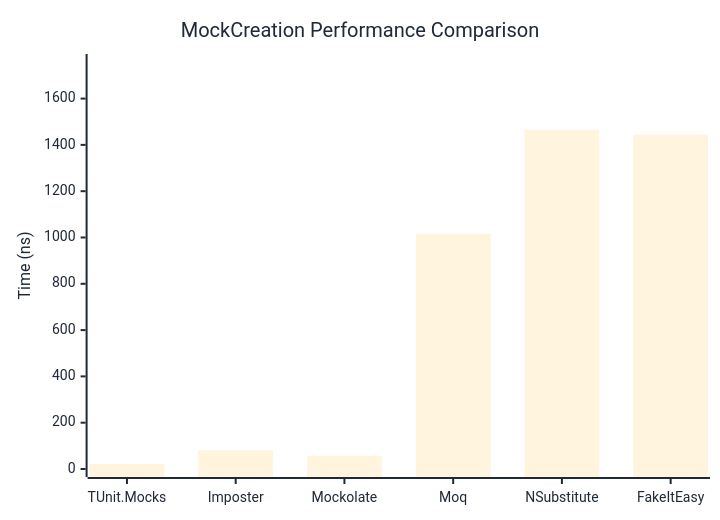
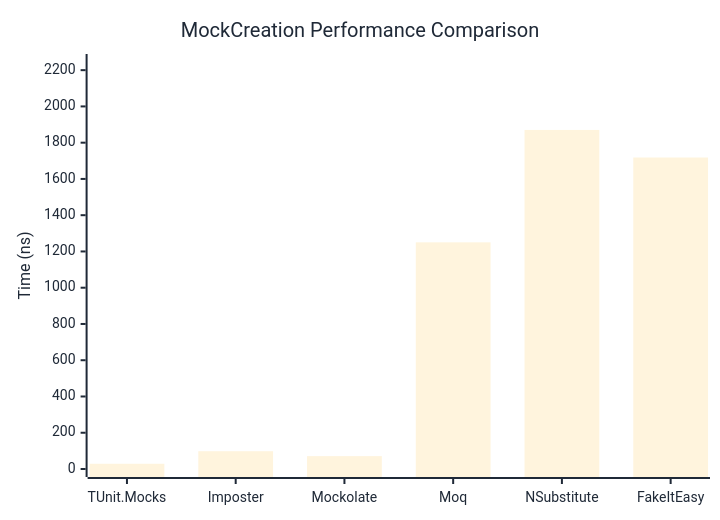
One commit to thomhurst/TUnit changed the first of 2 diagrams in docs/docs/benchmarks/mocks/MockCreation.md. Above: the diagram before and after it, drawn with Mermaid. The commit also changed other lines of this file and 14 other files, not shown here.

````diff
--- a/docs/docs/benchmarks/mocks/MockCreation.md
+++ b/docs/docs/benchmarks/mocks/MockCreation.md
@@ -28,27 +28,27 @@
 ```mermaid
 %%{init: {
   'theme':'base',
   'themeVariables': {
     'primaryColor': '#2563eb',
     'primaryTextColor': '#1f2937',
     'primaryBorderColor': '#1e40af',
     'lineColor': '#6b7280',
     'secondaryColor': '#7c3aed',
     'tertiaryColor': '#dc2626',
     'background': '#ffffff',
     'pie1': '#2563eb',
     'pie2': '#7c3aed',
     'pie3': '#dc2626',
     'pie4': '#f59e0b',
     'pie5': '#10b981',
     'pie6': '#06b6d4',
     'pie7': '#ec4899',
     'pie8': '#6366f1'
   }
 }}%%
 xychart-beta
   title "MockCreation Performance Comparison"
   x-axis ["TUnit.Mocks", "Imposter", "Mockolate", "Moq", "NSubstitute", "FakeItEasy"]
-  y-axis "Time (ns)" 0 --> 1758
-  bar [21.66, 80.69, 57.22, 1015.82, 1464.77, 1444.06]
+  y-axis "Time (ns)" 0 --> 2245
+  bar [28.94, 98.14, 71.03, 1250.24, 1870.26, 1718.19]
 ```
````
